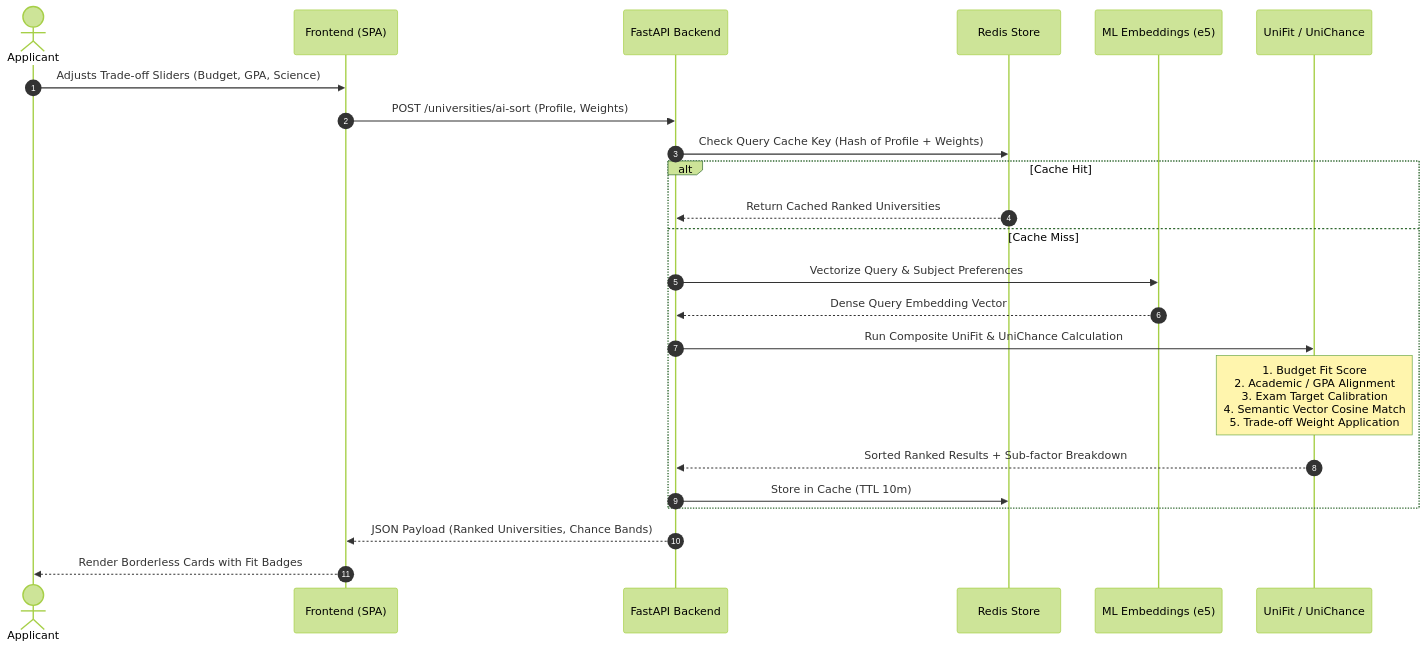
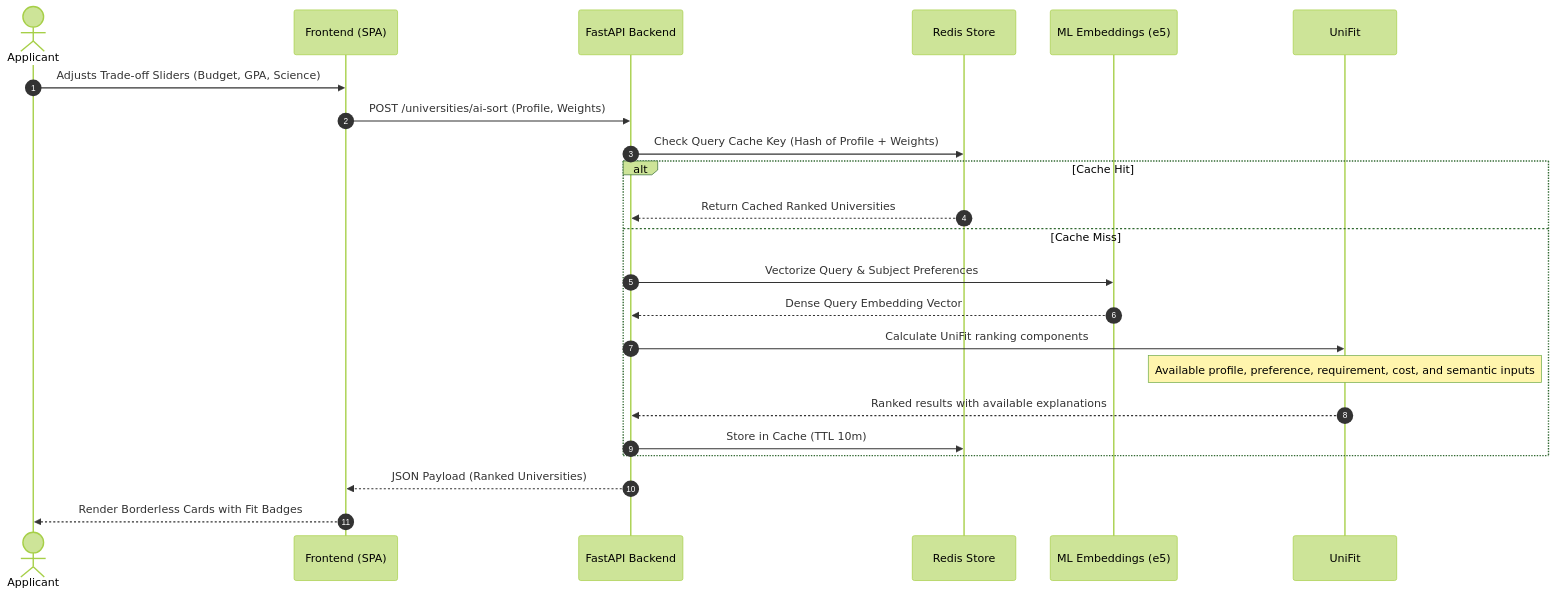
One commit to mukhammedsh/unisearch changed the second of 2 diagrams in docs/architecture.md. Above: the diagram before and after it, drawn with Mermaid (forest theme). The commit also changed other lines of this file and 7 other files, not shown here.

````diff
--- a/docs/architecture.md
+++ b/docs/architecture.md
@@ -116,26 +148,26 @@
 ```mermaid
 sequenceDiagram
     autonumber
     actor User as Applicant
     participant Client as Frontend (SPA)
     participant API as FastAPI Backend
     participant Cache as Redis Store
     participant ML as ML Embeddings (e5)
-    participant Engine as UniFit / UniChance
+    participant Engine as UniFit
 
     User->>Client: Adjusts Trade-off Sliders (Budget, GPA, Science)
     Client->>API: POST /universities/ai-sort (Profile, Weights)
     API->>Cache: Check Query Cache Key (Hash of Profile + Weights)
     alt Cache Hit
         Cache-->>API: Return Cached Ranked Universities
     else Cache Miss
         API->>ML: Vectorize Query & Subject Preferences
         ML-->>API: Dense Query Embedding Vector
-        API->>Engine: Run Composite UniFit & UniChance Calculation
-        Note over Engine: 1. Budget Fit Score<br/>2. Academic / GPA Alignment<br/>3. Exam Target Calibration<br/>4. Semantic Vector Cosine Match<br/>5. Trade-off Weight Application
-        Engine-->>API: Sorted Ranked Results + Sub-factor Breakdown
+        API->>Engine: Calculate UniFit ranking components
+        Note over Engine: Available profile, preference, requirement, cost, and semantic inputs
+        Engine-->>API: Ranked results with available explanations
         API->>Cache: Store in Cache (TTL 10m)
     end
-    API-->>Client: JSON Payload (Ranked Universities, Chance Bands)
+    API-->>Client: JSON Payload (Ranked Universities)
     Client-->>User: Render Borderless Cards with Fit Badges
 ```
````
